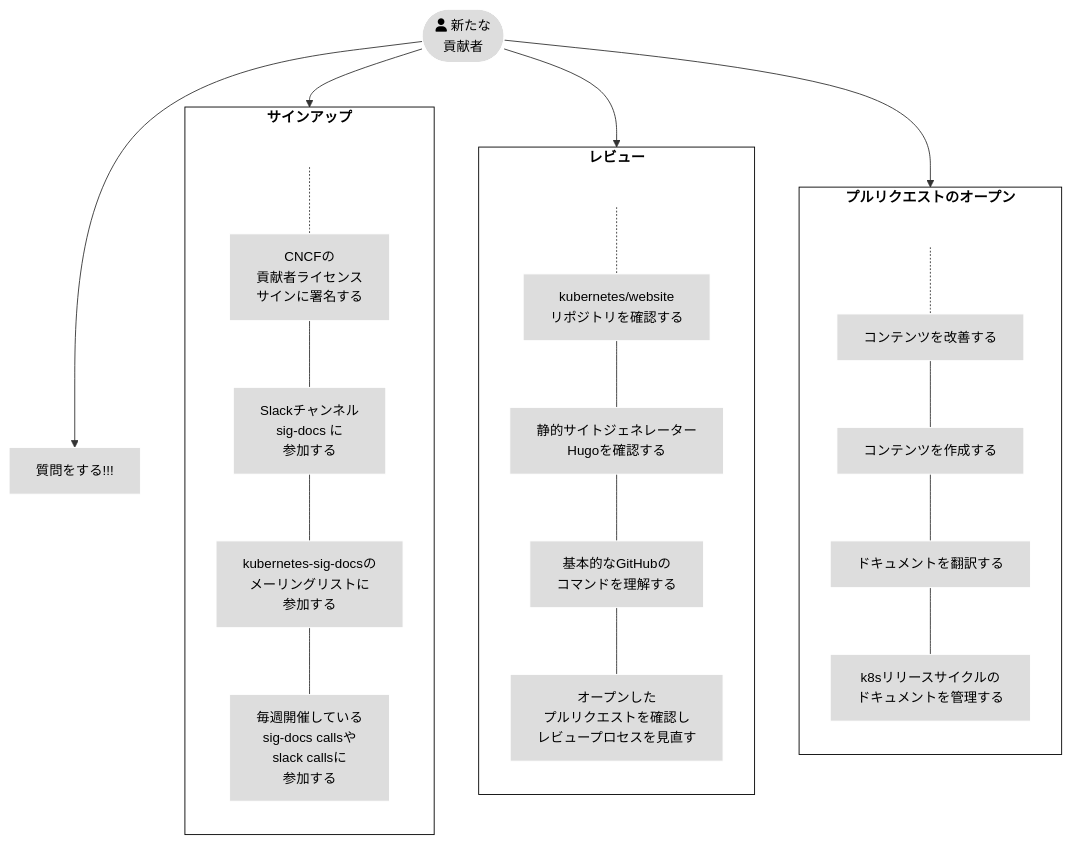
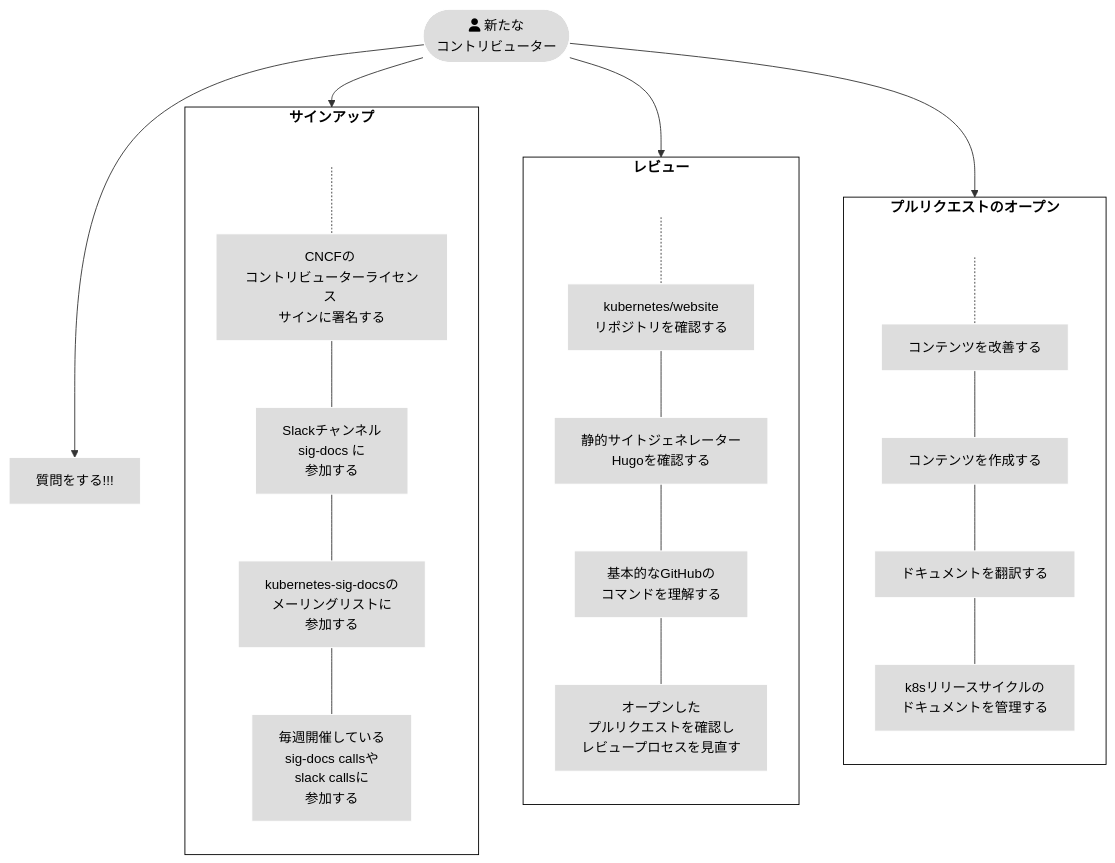
Before and after one commit to kubernetes/website: the first of 2 diagrams in content/ja/docs/contribute/docs.md, drawn with Mermaid. The commit also changed other lines of this file, not shown here.

Commit message:
fix: 貢献者 to コントリビューター

```diff
--- a/content/ja/docs/contribute/docs.md
+++ b/content/ja/docs/contribute/docs.md
@@ -44,40 +44,40 @@
 {{< mermaid >}}
 flowchart TB
 subgraph third[プルリクエストのオープン]
 direction TB
 U[ ] -.-
 Q[コンテンツを改善する] --- N[コンテンツを作成する]
 N --- O[ドキュメントを翻訳する]
 O --- P[k8sリリースサイクルの <br>ドキュメントを管理する]
 
 end
 
 subgraph second[レビュー]
 direction TB
    T[ ] -.-
    D[kubernetes/website <br>リポジトリを確認する] --- E[静的サイトジェネレーター <br>Hugoを確認する]
    E --- F[基本的なGitHubの <br>コマンドを理解する]
    F --- G[オープンした <br>プルリクエストを確認し <br>レビュープロセスを見直す]
 end
 
 subgraph first[サインアップ]
     direction TB
     S[ ] -.-
-    B[CNCFの <br>貢献者ライセンス <br>サインに署名する] --- C[Slackチャンネル <br>sig-docs に<br>参加する]
+    B[CNCFの <br>コントリビューターライセンス <br>サインに署名する] --- C[Slackチャンネル <br>sig-docs に<br>参加する]
     C --- V[kubernetes-sig-docsの<br> メーリングリストに <br>参加する]
     V --- M[毎週開催している <br>sig-docs callsや<br> slack callsに <br>参加する]
 end
 
-A([fa:fa-user 新たな<br>貢献者]) --> first
+A([fa:fa-user 新たな<br>コントリビューター]) --> first
 A --> second
 A --> third
 A --> H[質問をする!!!]
 
 
 classDef grey fill:#dddddd,stroke:#ffffff,stroke-width:px,color:#000000, font-size:15px;
 classDef white fill:#ffffff,stroke:#000,stroke-width:px,color:#000,font-weight:bold
 classDef spacewhite fill:#ffffff,stroke:#fff,stroke-width:0px,color:#000
 class A,B,C,D,E,F,G,H,M,Q,N,O,P,V grey
 class S,T,U spacewhite
 class first,second,third white
 {{</ mermaid >}}
```
